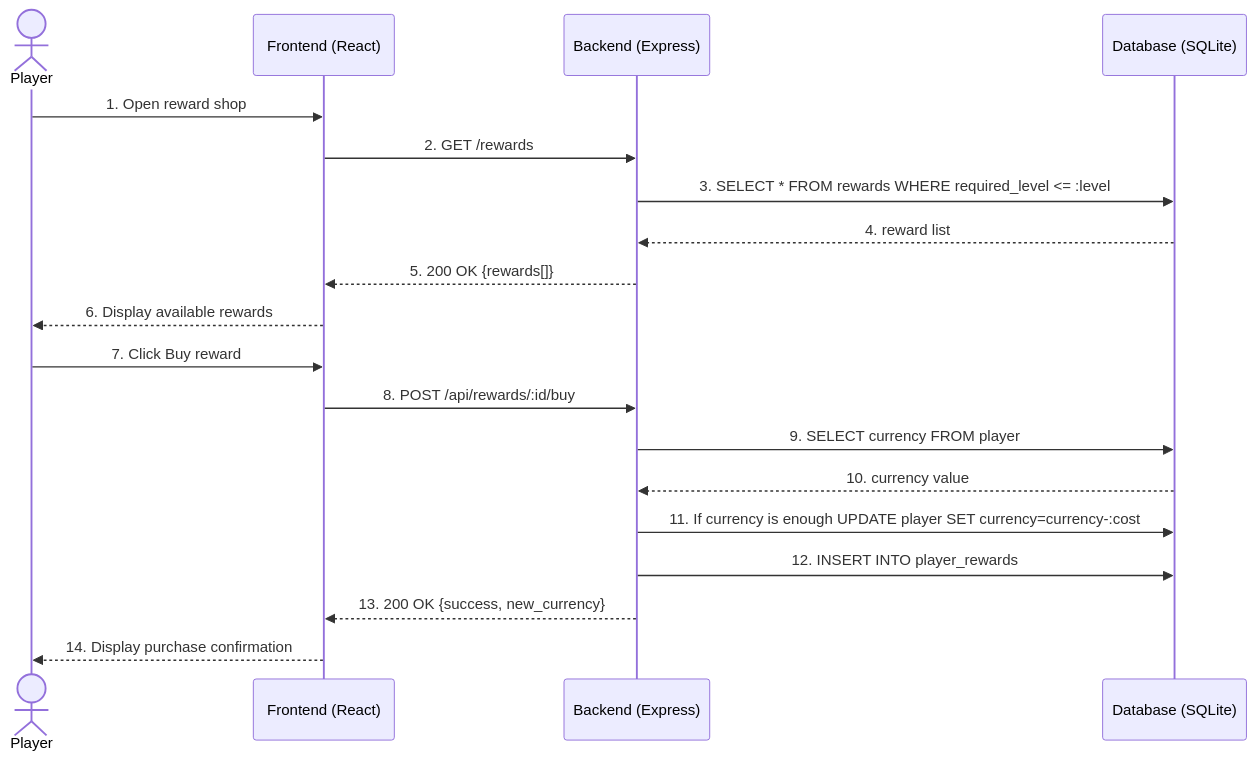
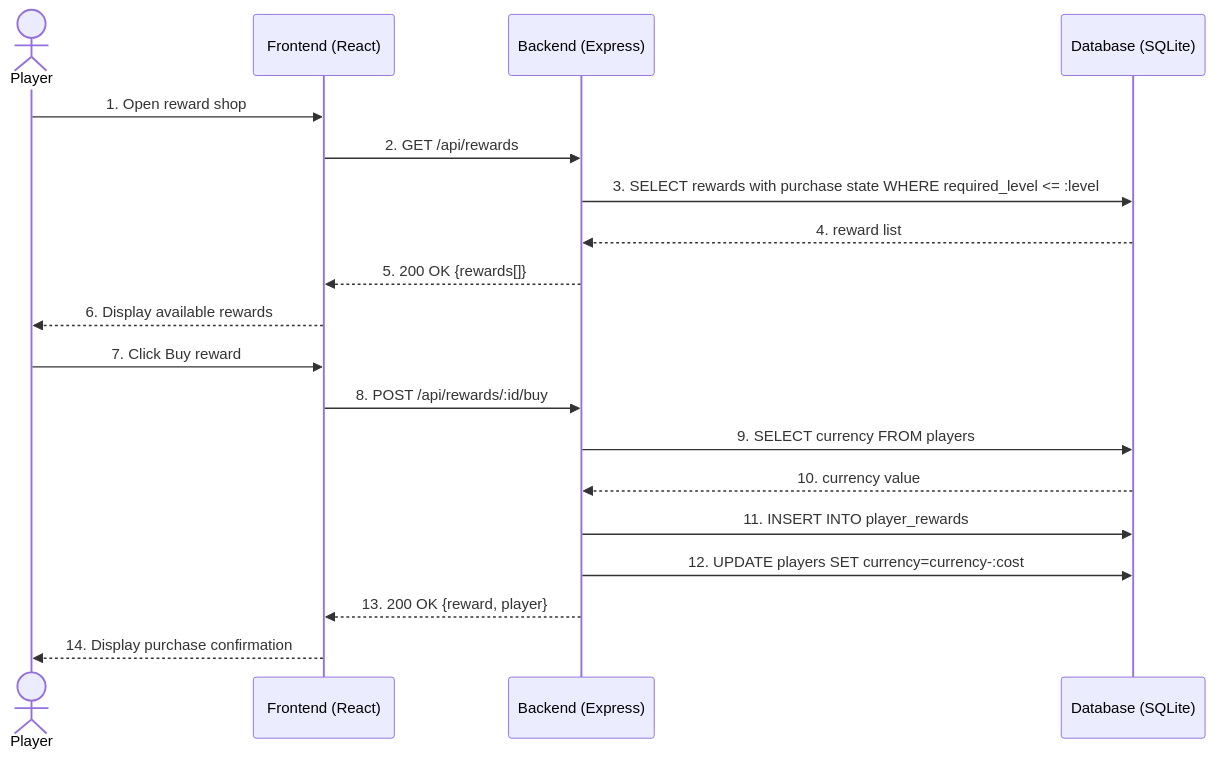
One commit to Promatheusz/habit-tracker changed the diagram in docs/diagrams/sequence-reward.md. Above: the diagram before and after it, drawn with Mermaid. The commit also changed 4 other files, not shown here.

````diff
--- a/docs/diagrams/sequence-reward.md
+++ b/docs/diagrams/sequence-reward.md
@@ -7,23 +7,23 @@
 ```mermaid
 sequenceDiagram
     actor Player
     participant Frontend as Frontend (React)
     participant Backend as Backend (Express)
     participant DB as Database (SQLite)
 
     Player->>Frontend: 1. Open reward shop
-    Frontend->>Backend: 2. GET /rewards
-    Backend->>DB: 3. SELECT * FROM rewards WHERE required_level <= :level
+    Frontend->>Backend: 2. GET /api/rewards
+    Backend->>DB: 3. SELECT rewards with purchase state WHERE required_level <= :level
     DB-->>Backend: 4. reward list
     Backend-->>Frontend: 5. 200 OK {rewards[]}
     Frontend-->>Player: 6. Display available rewards
 
     Player->>Frontend: 7. Click Buy reward
     Frontend->>Backend: 8. POST /api/rewards/:id/buy
-    Backend->>DB: 9. SELECT currency FROM player
+    Backend->>DB: 9. SELECT currency FROM players
     DB-->>Backend: 10. currency value
-    Backend->>DB: 11. If currency is enough UPDATE player SET currency=currency-:cost
-    Backend->>DB: 12. INSERT INTO player_rewards
-    Backend-->>Frontend: 13. 200 OK {success, new_currency}
+    Backend->>DB: 11. INSERT INTO player_rewards
+    Backend->>DB: 12. UPDATE players SET currency=currency-:cost
+    Backend-->>Frontend: 13. 200 OK {reward, player}
     Frontend-->>Player: 14. Display purchase confirmation
 ```
````
